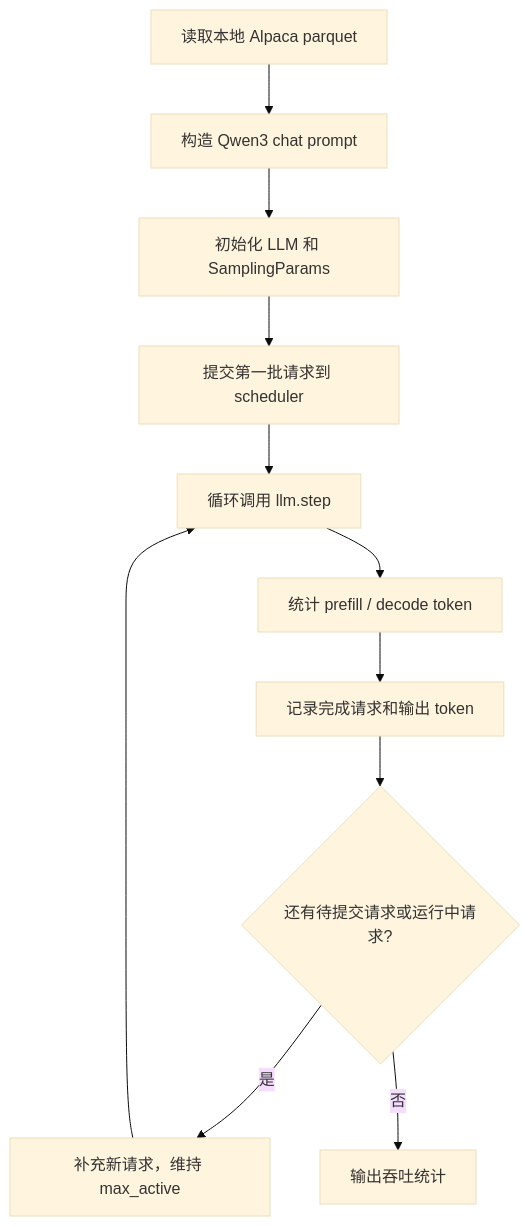
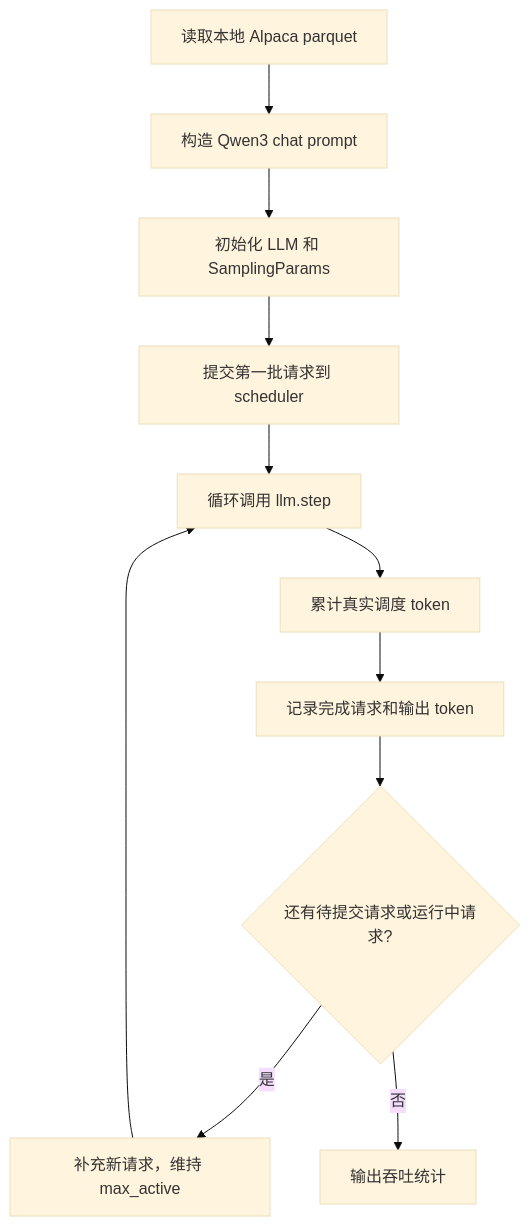
Before and after one commit to crashingby/my-nano-vllm: the diagram in benchmarks/README.md, drawn with Mermaid (base theme). The commit also changed other lines of this file and 16 other files, not shown here.

Commit message:
改了一下配置的传输，成功测试包括cuda图捕获的吞吐

````diff
--- a/benchmarks/README.md
+++ b/benchmarks/README.md
@@ -38,13 +37,13 @@
 ```mermaid
 flowchart TD
     A["读取本地 Alpaca parquet"] --> B["构造 Qwen3 chat prompt"]
     B --> C["初始化 LLM 和 SamplingParams"]
     C --> D["提交第一批请求到 scheduler"]
     D --> E["循环调用 llm.step"]
-    E --> F["统计 prefill / decode token"]
+    E --> F["累计真实调度 token"]
     F --> G["记录完成请求和输出 token"]
     G --> H{"还有待提交请求或运行中请求?"}
     H -- "是" --> I["补充新请求，维持 max_active"]
     I --> E
     H -- "否" --> J["输出吞吐统计"]
 ```
````
